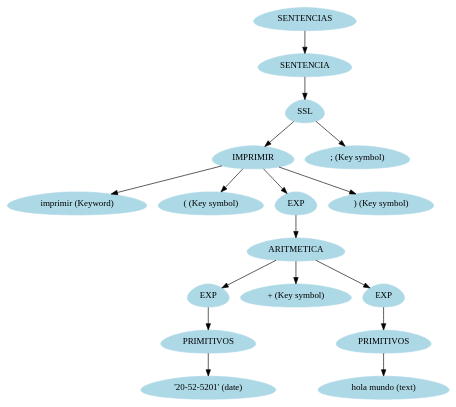
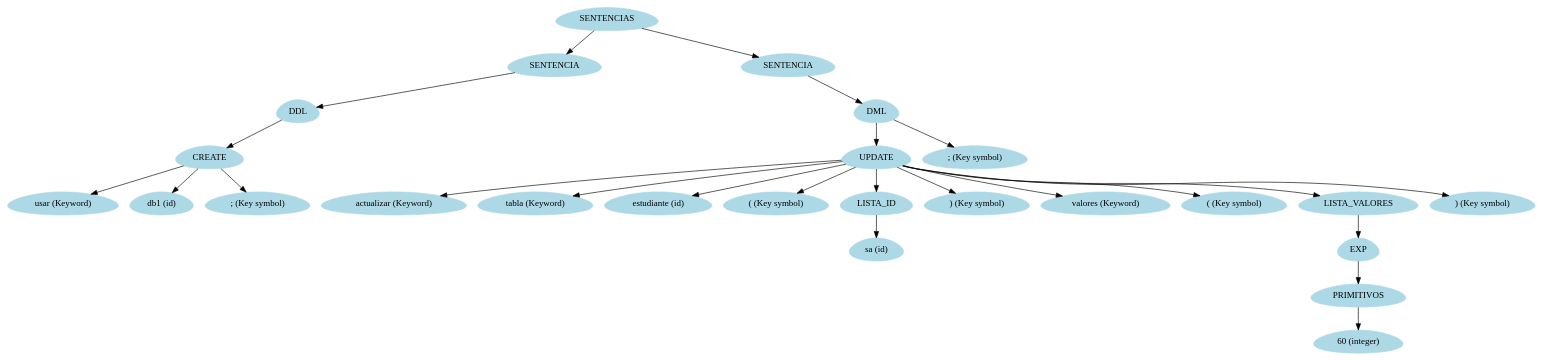
One commit to Losajhonny/FI-SQL changed the diagram in [OLC2]Proyecto1_201325583/ServidorDB/bin/Debug/arbolAst.dot. Above: the diagram before and after it, drawn with Graphviz. The commit also changed 55 other files, not shown here.

```diff
--- a/[OLC2]Proyecto1_201325583/ServidorDB/bin/Debug/arbolAst.dot
+++ b/[OLC2]Proyecto1_201325583/ServidorDB/bin/Debug/arbolAst.dot
@@ -1,36 +1,52 @@
 digraph grafo{
 node [shape = egg];
 4094363[label="SENTENCIAS", style = filled, color = lightblue];
 36849274[label="SENTENCIA", style = filled, color = lightblue];
 4094363->36849274;
-63208015[label="SSL", style = filled, color = lightblue];
+63208015[label="DDL", style = filled, color = lightblue];
 36849274->63208015;
-32001227[label="IMPRIMIR", style = filled, color = lightblue];
+32001227[label="CREATE", style = filled, color = lightblue];
 63208015->32001227;
-19575591[label="imprimir (Keyword)", style = filled, color = lightblue];
+19575591[label="usar (Keyword)", style = filled, color = lightblue];
 32001227->19575591;
-41962596[label="( (Key symbol)", style = filled, color = lightblue];
+41962596[label="db1 (id)", style = filled, color = lightblue];
 32001227->41962596;
-42119052[label="EXP", style = filled, color = lightblue];
+42119052[label="; (Key symbol)", style = filled, color = lightblue];
 32001227->42119052;
-43527150[label="ARITMETICA", style = filled, color = lightblue];
-42119052->43527150;
-56200037[label="EXP", style = filled, color = lightblue];
+43527150[label="SENTENCIA", style = filled, color = lightblue];
+4094363->43527150;
+56200037[label="DML", style = filled, color = lightblue];
 43527150->56200037;
-36038289[label="PRIMITIVOS", style = filled, color = lightblue];
+36038289[label="UPDATE", style = filled, color = lightblue];
 56200037->36038289;
-55909147[label="'20-52-5201' (date)", style = filled, color = lightblue];
+55909147[label="actualizar (Keyword)", style = filled, color = lightblue];
 36038289->55909147;
-33420276[label="+ (Key symbol)", style = filled, color = lightblue];
-43527150->33420276;
-32347029[label="EXP", style = filled, color = lightblue];
-43527150->32347029;
-22687807[label="PRIMITIVOS", style = filled, color = lightblue];
-32347029->22687807;
-2863675[label=" hola mundo (text)", style = filled, color = lightblue];
-22687807->2863675;
-25773083[label=") (Key symbol)", style = filled, color = lightblue];
-32001227->25773083;
-30631159[label="; (Key symbol)", style = filled, color = lightblue];
-63208015->30631159;
+33420276[label="tabla (Keyword)", style = filled, color = lightblue];
+36038289->33420276;
+32347029[label="estudiante (id)", style = filled, color = lightblue];
+36038289->32347029;
+22687807[label="( (Key symbol)", style = filled, color = lightblue];
+36038289->22687807;
+2863675[label="LISTA_ID", style = filled, color = lightblue];
+36038289->2863675;
+25773083[label="sa (id)", style = filled, color = lightblue];
+2863675->25773083;
+30631159[label=") (Key symbol)", style = filled, color = lightblue];
+36038289->30631159;
+7244975[label="valores (Keyword)", style = filled, color = lightblue];
+36038289->7244975;
+65204782[label="( (Key symbol)", style = filled, color = lightblue];
+36038289->65204782;
+49972132[label="LISTA_VALORES", style = filled, color = lightblue];
+36038289->49972132;
+47096010[label="EXP", style = filled, color = lightblue];
+49972132->47096010;
+21210914[label="PRIMITIVOS", style = filled, color = lightblue];
+47096010->21210914;
+56680499[label="60 (integer)", style = filled, color = lightblue];
+21210914->56680499;
+40362448[label=") (Key symbol)", style = filled, color = lightblue];
+36038289->40362448;
+27717712[label="; (Key symbol)", style = filled, color = lightblue];
+56200037->27717712;
 }
```
